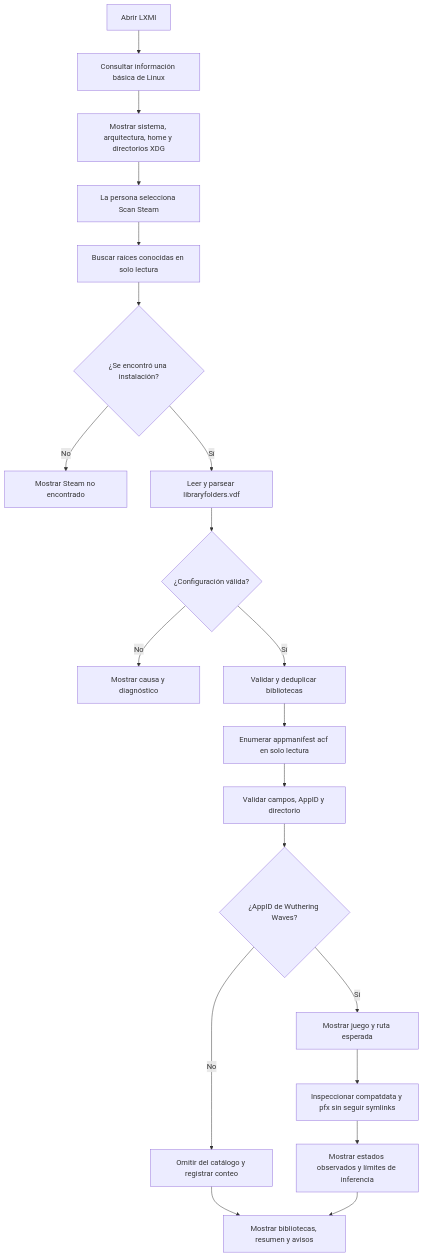
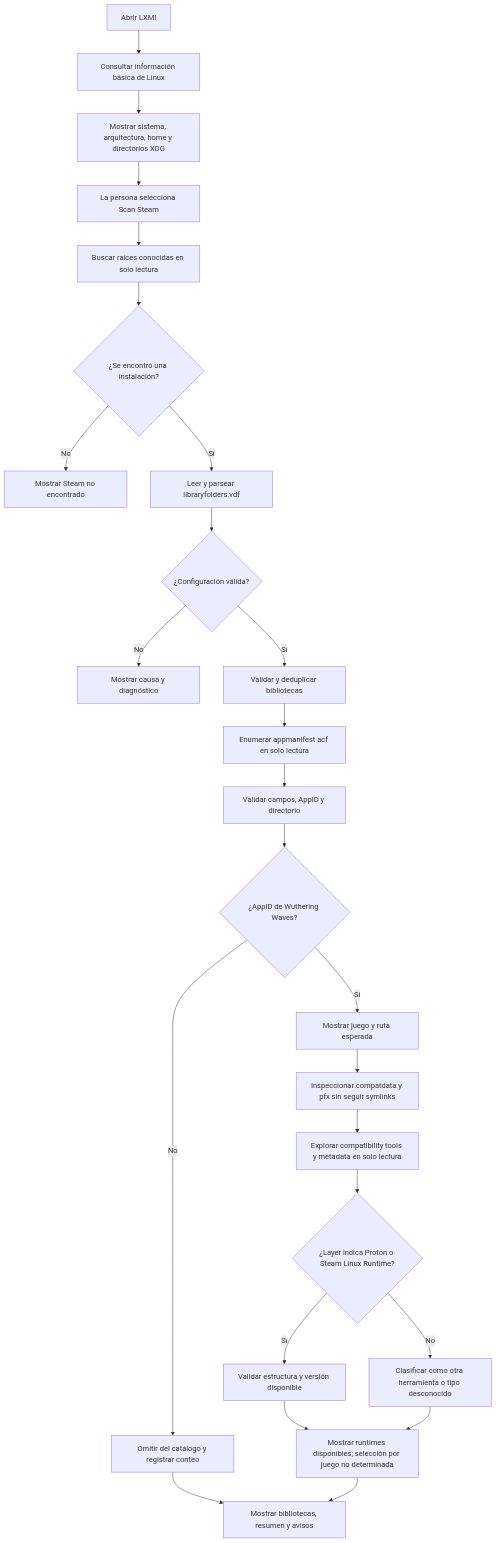
One commit to VictorMamani/LXMI changed the first of 4 diagrams in SDLC/03_Diseno/flujos_de_usuario.md. Above: the diagram before and after it, drawn with Mermaid. The commit also changed other lines of this file and 40 other files, not shown here.

````diff
--- a/SDLC/03_Diseno/flujos_de_usuario.md
+++ b/SDLC/03_Diseno/flujos_de_usuario.md
@@ -7,22 +7,27 @@
 ```mermaid
 flowchart TD
     A[Abrir LXMI] --> B[Consultar información básica de Linux]
     B --> C[Mostrar sistema, arquitectura, home y directorios XDG]
     C --> D[La persona selecciona Scan Steam]
     D --> E[Buscar raíces conocidas en solo lectura]
     E --> F{¿Se encontró una instalación?}
     F -->|No| G[Mostrar Steam no encontrado]
     F -->|Sí| H[Leer y parsear libraryfolders.vdf]
     H --> I{¿Configuración válida?}
     I -->|No| J[Mostrar causa y diagnóstico]
     I -->|Sí| K[Validar y deduplicar bibliotecas]
     K --> L[Enumerar appmanifest acf en solo lectura]
     L --> M[Validar campos, AppID y directorio]
     M --> N{¿AppID de Wuthering Waves?}
     N -->|No| O[Omitir del catálogo y registrar conteo]
     N -->|Sí| P[Mostrar juego y ruta esperada]
     P --> Q[Inspeccionar compatdata y pfx sin seguir symlinks]
-    Q --> R[Mostrar estados observados y límites de inferencia]
-    O --> S[Mostrar bibliotecas, resumen y avisos]
-    R --> S
+    Q --> R[Explorar compatibility tools y metadata en solo lectura]
+    R --> T{¿Layer indica Proton o Steam Linux Runtime?}
+    T -->|Sí| U[Validar estructura y versión disponible]
+    T -->|No| V[Clasificar como otra herramienta o tipo desconocido]
+    U --> W[Mostrar runtimes disponibles; selección por juego no determinada]
+    V --> W
+    O --> X[Mostrar bibliotecas, resumen y avisos]
+    W --> X
 ```
````
